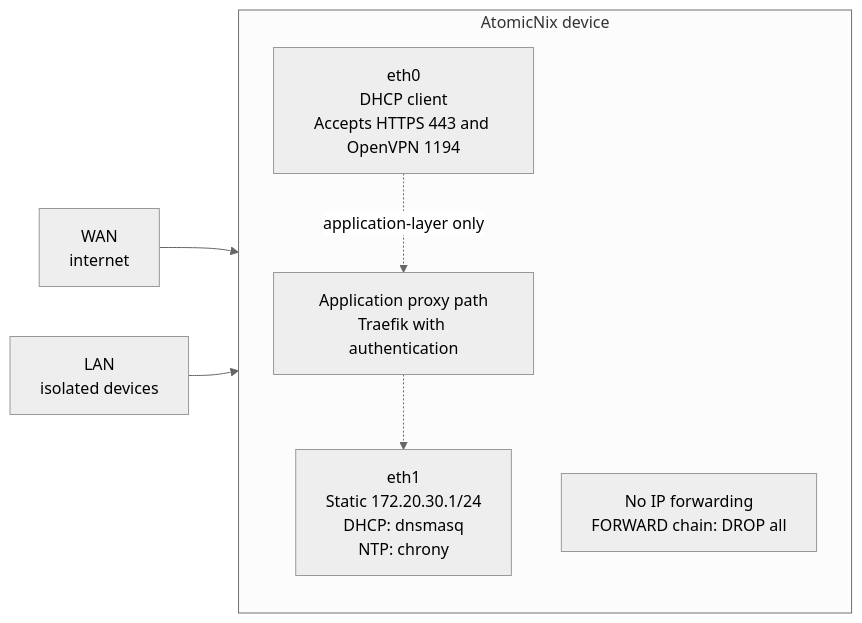
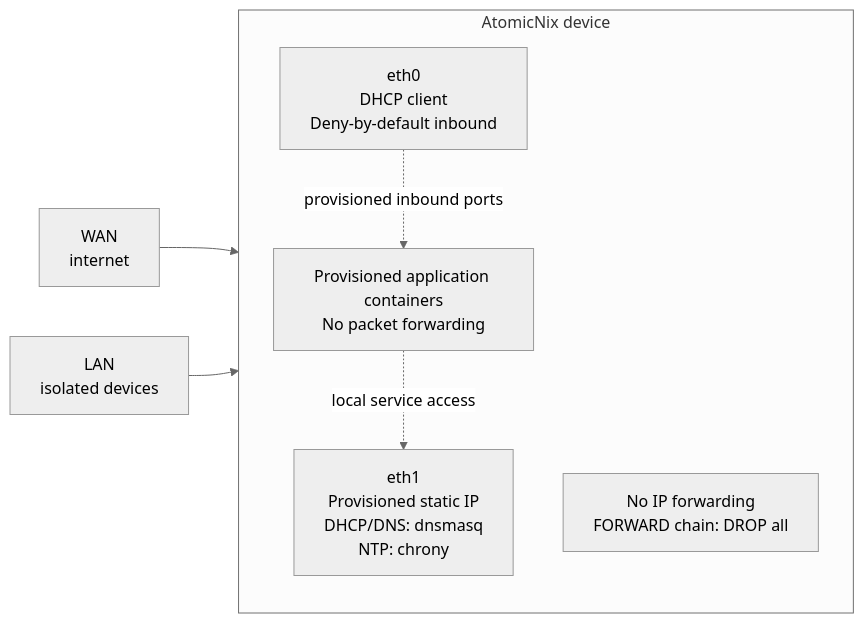
Before and after one commit to RobertDeRose/AtomicNIx: the diagram in docs/src/architecture/network-topology.md, drawn with Mermaid (neutral theme). The commit also changed other lines of this file and 4 other files, not shown here.

````diff
--- a/docs/src/architecture/network-topology.md
+++ b/docs/src/architecture/network-topology.md
@@ -7,16 +7,16 @@
 ```mermaid
 flowchart LR
-    WAN["WAN<br/>internet"] --> ETH0["eth0<br/>DHCP client<br/>Accepts HTTPS 443 and OpenVPN 1194"]
-    LAN["LAN<br/>isolated devices"] --> ETH1["eth1<br/>Static 172.20.30.1/24<br/>DHCP: dnsmasq<br/>NTP: chrony"]
+    WAN["WAN<br/>internet"] --> ETH0["eth0<br/>DHCP client<br/>Deny-by-default inbound"]
+    LAN["LAN<br/>isolated devices"] --> ETH1["eth1<br/>Provisioned static IP<br/>DHCP/DNS: dnsmasq<br/>NTP: chrony"]
 
     subgraph DEVICE["AtomicNix device"]
         direction TB
         ETH0
         CORE["No IP forwarding<br/>FORWARD chain: DROP all"]
         ETH1
-        PROXY["Application proxy path<br/>Traefik with authentication"]
+        APPS["Provisioned application containers<br/>No packet forwarding"]
     end
 
-    ETH0 -. application-layer only .-> PROXY
-    PROXY -.-> ETH1
+    ETH0 -. provisioned inbound ports .-> APPS
+    APPS -. local service access .-> ETH1
 ```
````
